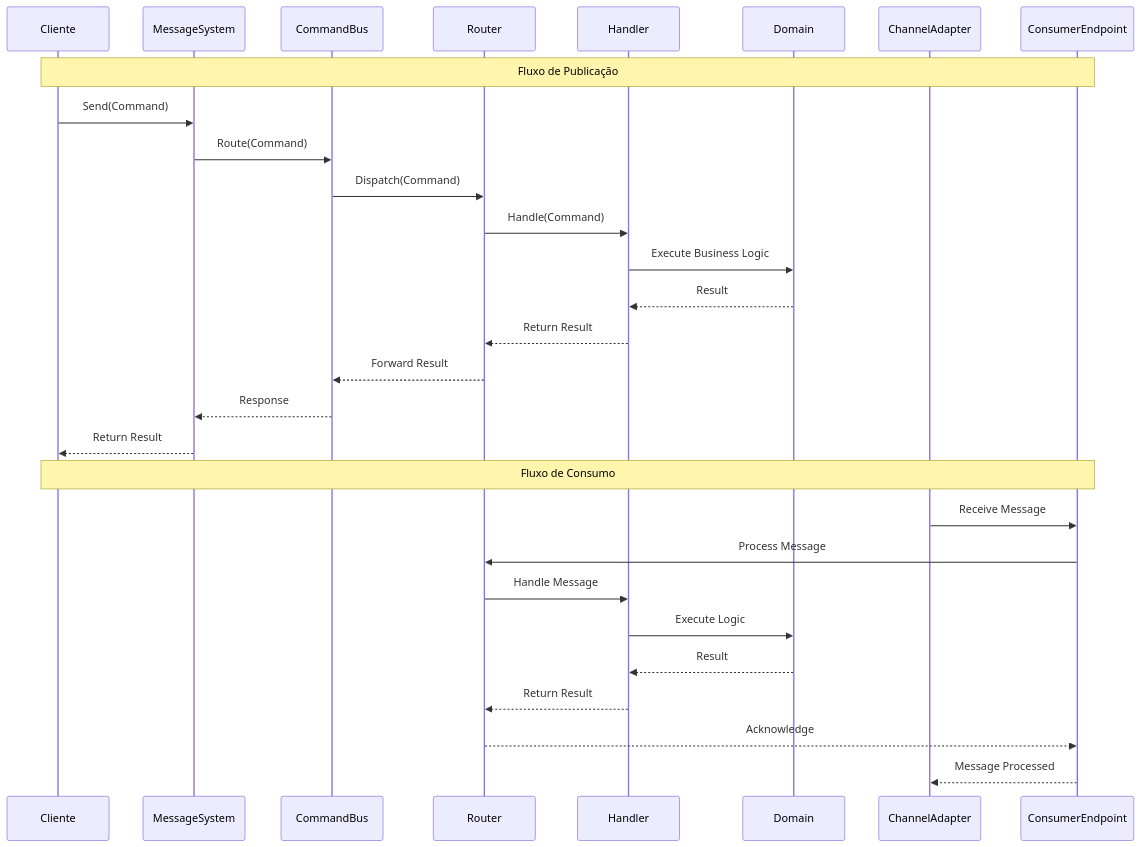
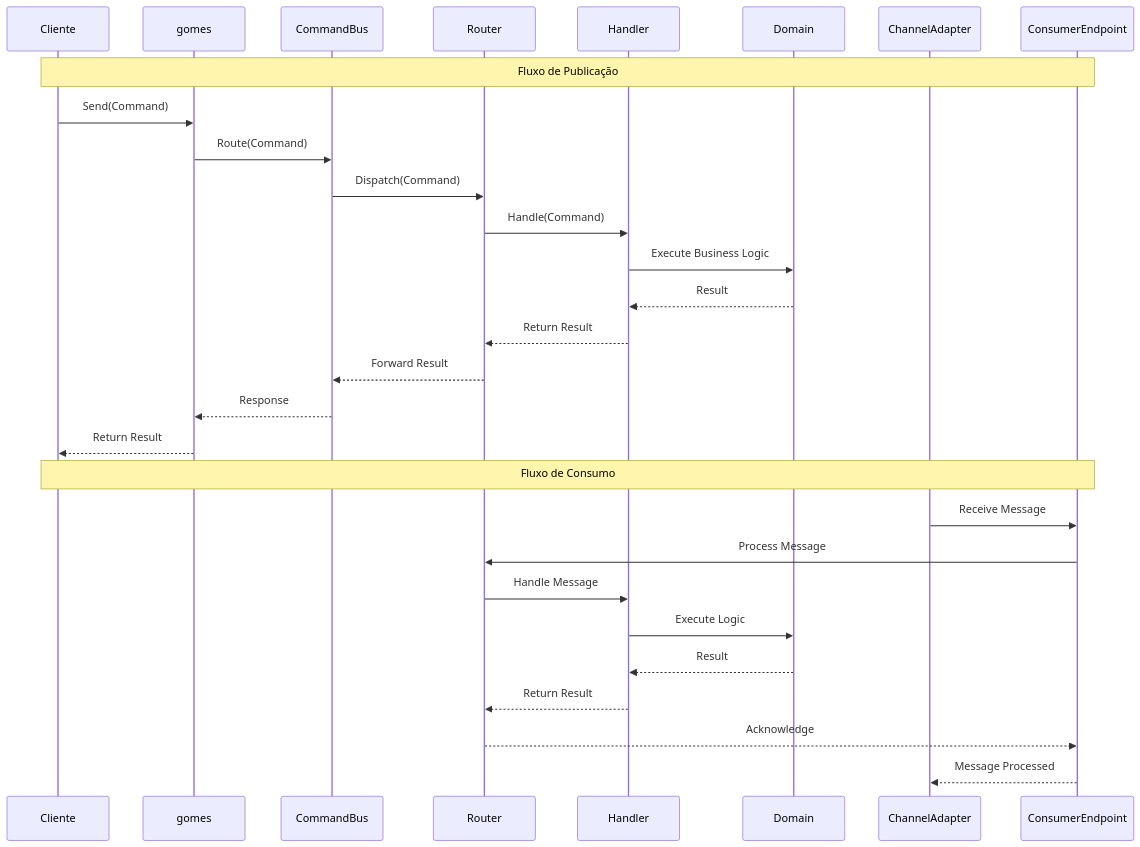
One commit to JeffersonBrasilino/hex-api-go changed the second of 8 diagrams in README.md. Above: the diagram before and after it, drawn with Mermaid. The commit also changed other lines of this file and 12 other files, not shown here.

````diff
--- a/README.md
+++ b/README.md
@@ -263,33 +262,33 @@
 ```mermaid
 sequenceDiagram
     participant C as Cliente
-    participant MS as MessageSystem
+    participant MS as gomes
     participant CB as CommandBus
     participant R as Router
     participant H as Handler
     participant D as Domain
     participant CA as ChannelAdapter
     participant CE as ConsumerEndpoint
 
     Note over C,CE: Fluxo de Publicação
     C->>MS: Send(Command)
     MS->>CB: Route(Command)
     CB->>R: Dispatch(Command)
     R->>H: Handle(Command)
     H->>D: Execute Business Logic
     D-->>H: Result
     H-->>R: Return Result
     R-->>CB: Forward Result
     CB-->>MS: Response
     MS-->>C: Return Result
 
     Note over C,CE: Fluxo de Consumo
     CA->>CE: Receive Message
     CE->>R: Process Message
     R->>H: Handle Message
     H->>D: Execute Logic
     D-->>H: Result
     H-->>R: Return Result
     R-->>CE: Acknowledge
     CE-->>CA: Message Processed
 ```
````
